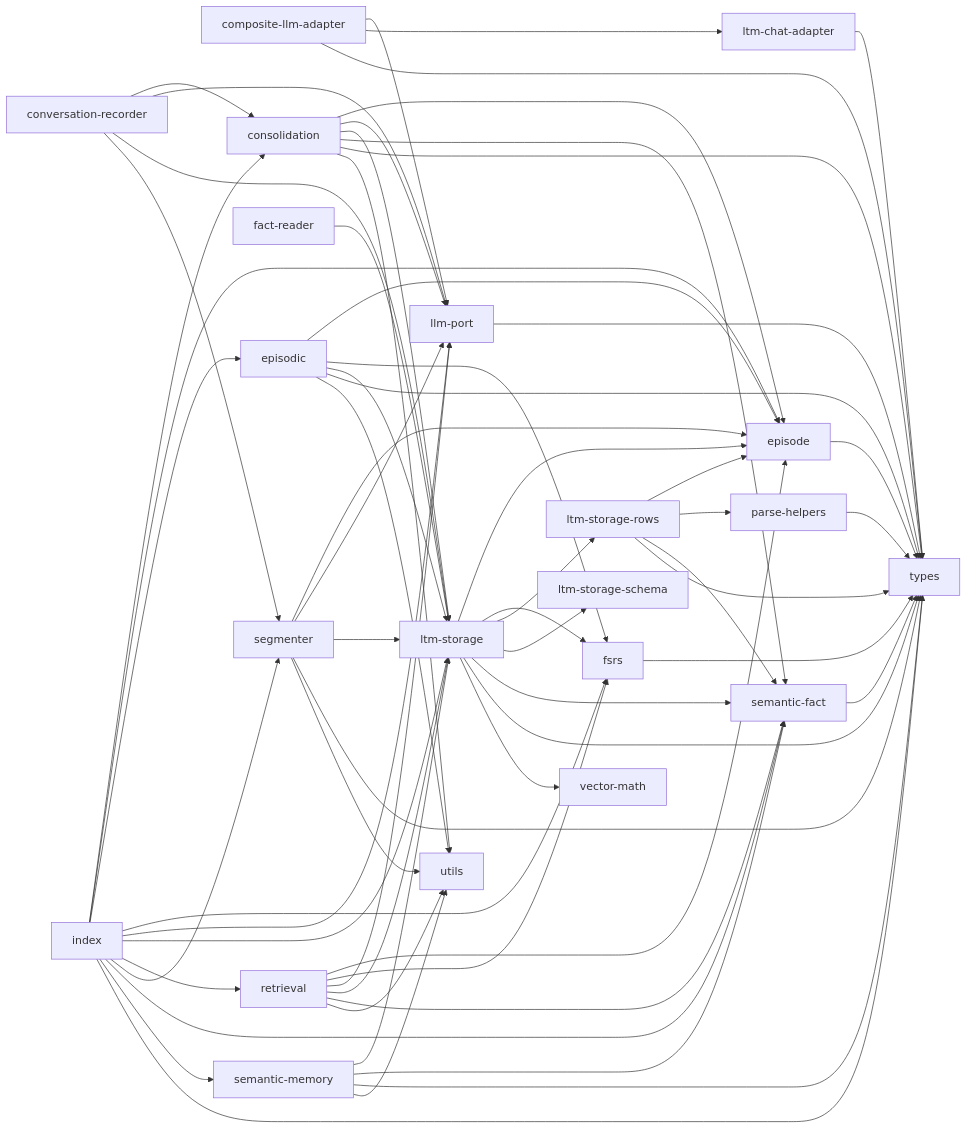
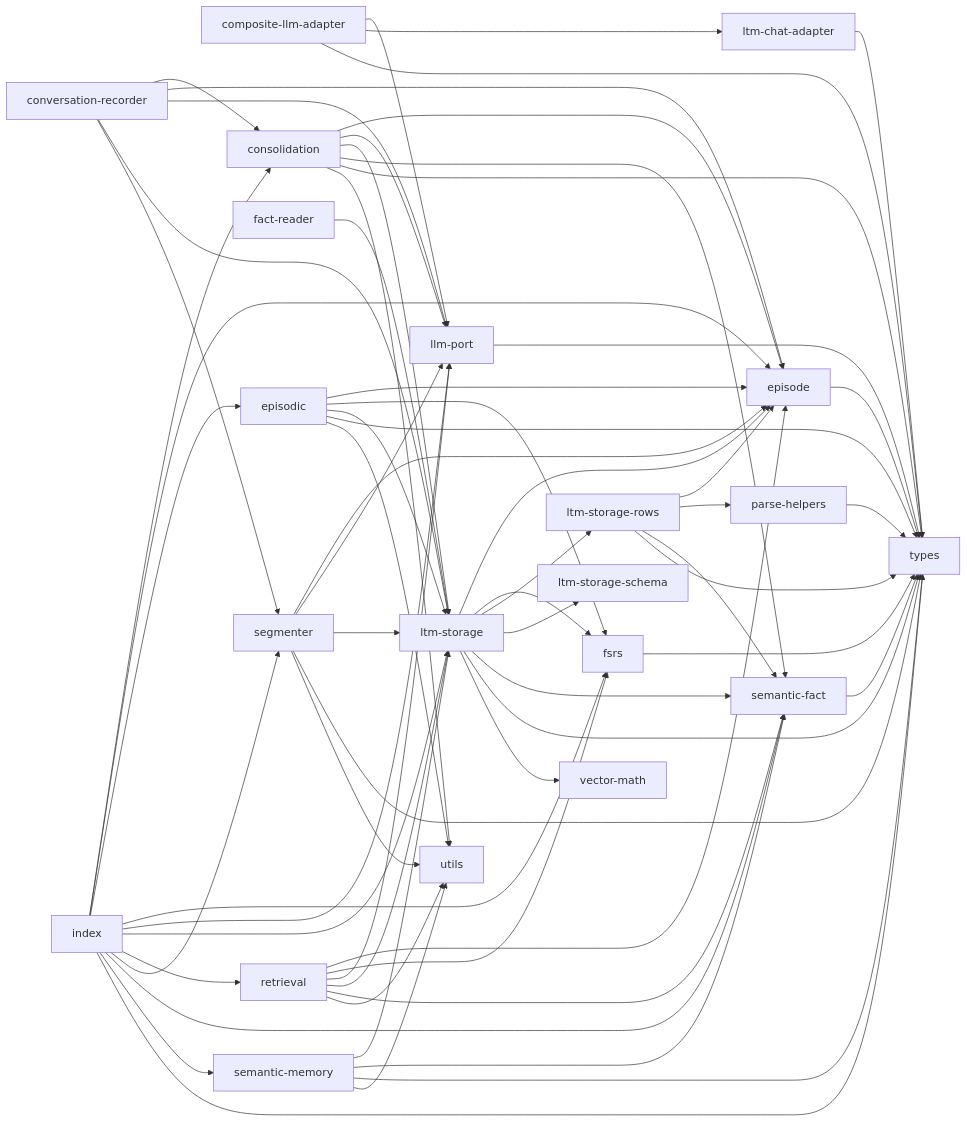
Before and after one commit to OJII3/vicissitude: the diagram in src/ltm/DEPS.md, drawn with Mermaid. The commit also changed other lines of this file and 5 other files, not shown here.

````diff
--- a/src/ltm/DEPS.md
+++ b/src/ltm/DEPS.md
@@ -7,69 +7,70 @@
 ```mermaid
 graph LR
   composite_llm_adapter["composite-llm-adapter"] --> llm_port["llm-port"]
   composite_llm_adapter["composite-llm-adapter"] --> ltm_chat_adapter["ltm-chat-adapter"]
   composite_llm_adapter["composite-llm-adapter"] --> types
   consolidation --> episode
   consolidation --> llm_port["llm-port"]
   consolidation --> ltm_storage["ltm-storage"]
   consolidation --> semantic_fact["semantic-fact"]
   consolidation --> types
   consolidation --> utils
   conversation_recorder["conversation-recorder"] --> consolidation
+  conversation_recorder["conversation-recorder"] --> episode
   conversation_recorder["conversation-recorder"] --> llm_port["llm-port"]
   conversation_recorder["conversation-recorder"] --> ltm_storage["ltm-storage"]
   conversation_recorder["conversation-recorder"] --> segmenter
   episode --> types
   episodic --> episode
   episodic --> fsrs
   episodic --> ltm_storage["ltm-storage"]
   episodic --> types
   episodic --> utils
   fact_reader["fact-reader"] --> ltm_storage["ltm-storage"]
   fsrs --> types
   index --> consolidation
   index --> episode
   index --> episodic
   index --> fsrs
   index --> llm_port["llm-port"]
   index --> ltm_storage["ltm-storage"]
   index --> retrieval
   index --> segmenter
   index --> semantic_fact["semantic-fact"]
   index --> semantic_memory["semantic-memory"]
   index --> types
   llm_port["llm-port"] --> types
   ltm_chat_adapter["ltm-chat-adapter"] --> types
   ltm_storage["ltm-storage"] --> episode
   ltm_storage["ltm-storage"] --> fsrs
   ltm_storage["ltm-storage"] --> ltm_storage_rows["ltm-storage-rows"]
   ltm_storage["ltm-storage"] --> ltm_storage_schema["ltm-storage-schema"]
   ltm_storage["ltm-storage"] --> semantic_fact["semantic-fact"]
   ltm_storage["ltm-storage"] --> types
   ltm_storage["ltm-storage"] --> vector_math["vector-math"]
   ltm_storage_rows["ltm-storage-rows"] --> episode
   ltm_storage_rows["ltm-storage-rows"] --> parse_helpers["parse-helpers"]
   ltm_storage_rows["ltm-storage-rows"] --> semantic_fact["semantic-fact"]
   ltm_storage_rows["ltm-storage-rows"] --> types
   ltm_storage_schema["ltm-storage-schema"]
   parse_helpers["parse-helpers"] --> types
   retrieval --> episode
   retrieval --> fsrs
   retrieval --> llm_port["llm-port"]
   retrieval --> ltm_storage["ltm-storage"]
   retrieval --> semantic_fact["semantic-fact"]
   retrieval --> utils
   segmenter --> episode
   segmenter --> llm_port["llm-port"]
   segmenter --> ltm_storage["ltm-storage"]
   segmenter --> types
   segmenter --> utils
   semantic_fact["semantic-fact"] --> types
   semantic_memory["semantic-memory"] --> ltm_storage["ltm-storage"]
   semantic_memory["semantic-memory"] --> semantic_fact["semantic-fact"]
   semantic_memory["semantic-memory"] --> types
   semantic_memory["semantic-memory"] --> utils
   types
   utils
   vector_math["vector-math"]
 ```
````
